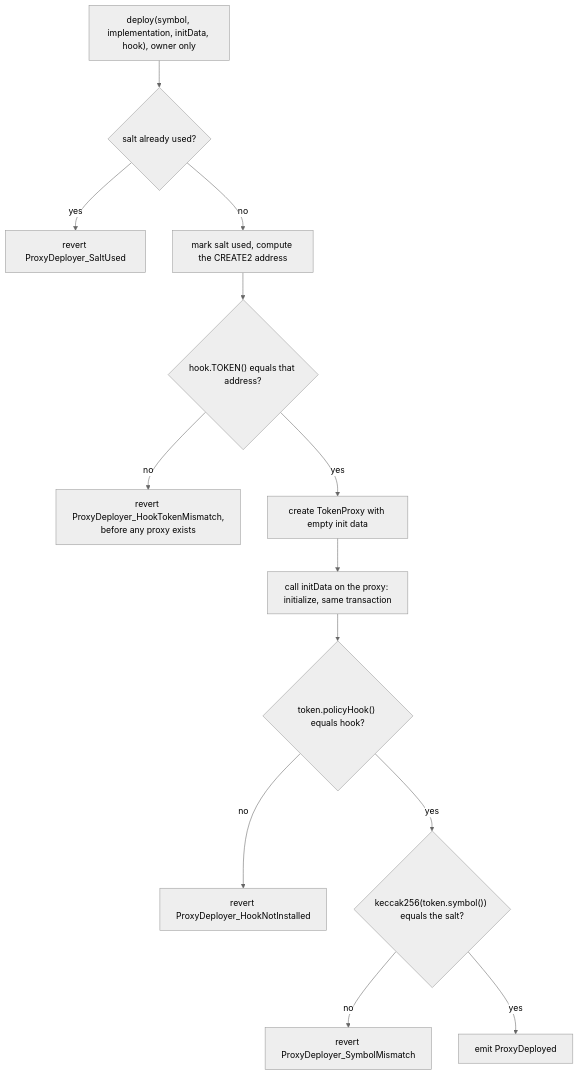
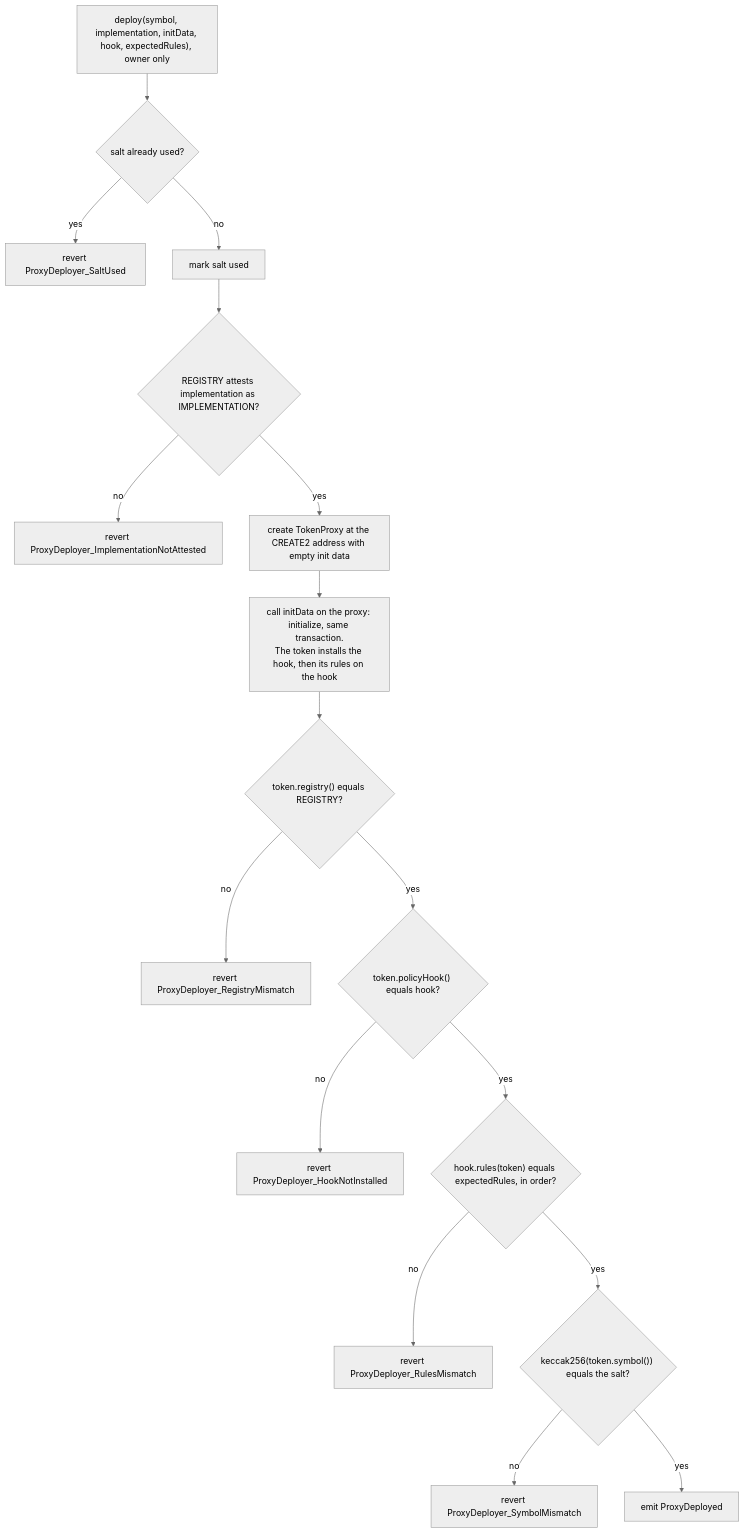
One commit to fepvenancio/rwa-token changed the fifth of 6 diagrams in docs/governance-and-deployment.md. Above: the diagram before and after it, drawn with Mermaid (neutral theme). The commit also changed other lines of this file and 116 other files, not shown here.

First line of the commit message:
Fund layer, DvP, review items, credential layer and the ProxyDeployer check (#3)

````diff
--- a/docs/governance-and-deployment.md
+++ b/docs/governance-and-deployment.md
@@ -199,15 +325,19 @@
 ```mermaid
 flowchart TD
-  A["deploy(symbol, implementation, initData, hook), owner only"] --> B{"salt already used?"}
+  A["deploy(symbol, implementation, initData, hook, expectedRules), owner only"] --> B{"salt already used?"}
   B -->|yes| X1["revert ProxyDeployer_SaltUsed"]
-  B -->|no| C["mark salt used, compute the CREATE2 address"]
-  C --> D{"hook.TOKEN() equals that address?"}
-  D -->|no| X2["revert ProxyDeployer_HookTokenMismatch,<br/>before any proxy exists"]
-  D -->|yes| E["create TokenProxy with empty init data"]
-  E --> F["call initData on the proxy: initialize, same transaction"]
-  F --> G{"token.policyHook() equals hook?"}
-  G -->|no| X3["revert ProxyDeployer_HookNotInstalled"]
-  G -->|yes| H{"keccak256(token.symbol()) equals the salt?"}
-  H -->|no| X4["revert ProxyDeployer_SymbolMismatch"]
-  H -->|yes| I["emit ProxyDeployed"]
+  B -->|no| C["mark salt used"]
+  C --> I{"REGISTRY attests implementation as IMPLEMENTATION?"}
+  I -->|no| X5["revert ProxyDeployer_ImplementationNotAttested"]
+  I -->|yes| P["create TokenProxy at the CREATE2 address with empty init data"]
+  P --> D["call initData on the proxy: initialize, same transaction.<br/>The token installs the hook, then its rules on the hook"]
+  D --> R{"token.registry() equals REGISTRY?"}
+  R -->|no| X6["revert ProxyDeployer_RegistryMismatch"]
+  R -->|yes| E{"token.policyHook() equals hook?"}
+  E -->|no| X2["revert ProxyDeployer_HookNotInstalled"]
+  E -->|yes| F{"hook.rules(token) equals expectedRules, in order?"}
+  F -->|no| X3["revert ProxyDeployer_RulesMismatch"]
+  F -->|yes| G{"keccak256(token.symbol()) equals the salt?"}
+  G -->|no| X4["revert ProxyDeployer_SymbolMismatch"]
+  G -->|yes| H["emit ProxyDeployed"]
 ```
````
